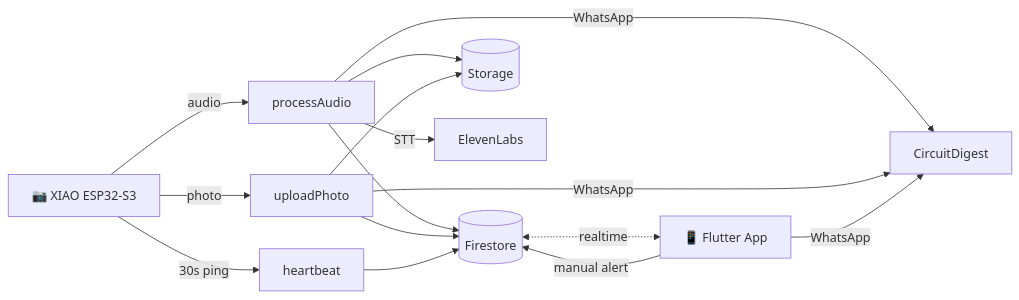
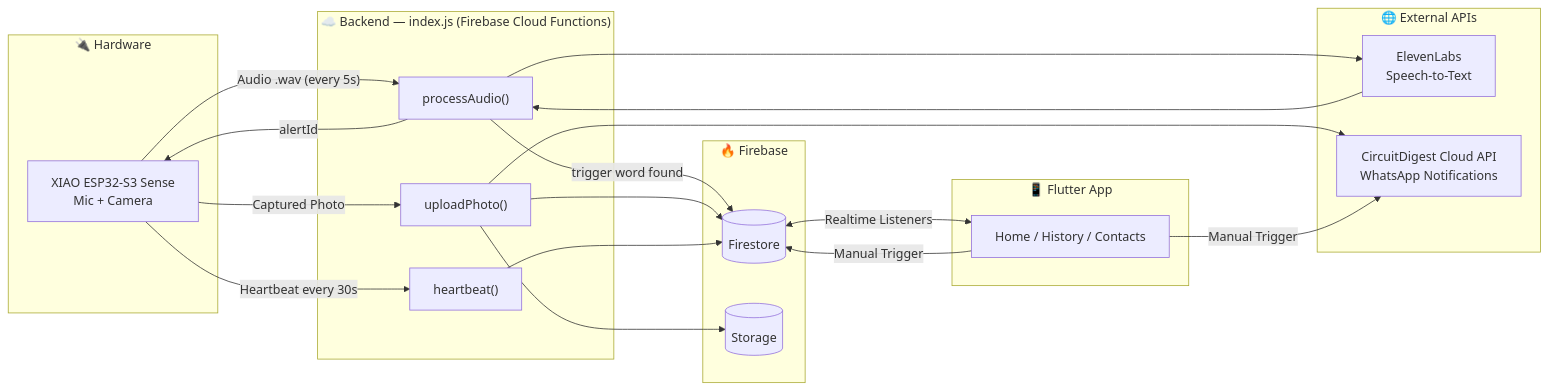
Before and after one commit to SubashreeT24/SheAlert: the first of 2 diagrams in README.md, drawn with Mermaid. The commit also changed other lines of this file, not shown here.

First line of the commit message:
Refine README for automatic mode and alert flow

````diff
--- a/README.md
+++ b/README.md
@@ -65,24 +65,41 @@
 ```mermaid
-%%{init: {"flowchart": {"nodeSpacing": 35, "rankSpacing": 50, "htmlLabels": true}}}%%
 graph LR
-    ESP["📷 XIAO ESP32-S3"]
-    PA["processAudio"]
-    UP["uploadPhoto"]
-    HB["heartbeat"]
-    FS[("Firestore")]
-    ST[("Storage")]
-    EL["ElevenLabs"]
-    CD["CircuitDigest"]
-    FL["📱 Flutter App"]
+    subgraph Hardware["🔌 Hardware"]
+        ESP["XIAO ESP32-S3 Sense<br/>Mic + Camera"]
+    end
 
-    ESP -->|audio| PA
-    ESP -->|photo| UP
-    ESP -->|30s ping| HB
-    PA -->|STT| EL
-    PA & UP -->|WhatsApp| CD
-    PA & UP & HB --> FS
-    PA & UP --> ST
-    FL -->|manual alert| FS
-    FL -->|WhatsApp| CD
-    FS <-.->|realtime| FL
+    subgraph Backend["☁️ Backend — index.js (Firebase Cloud Functions)"]
+        PA["processAudio()"]
+        UP["uploadPhoto()"]
+        HB["heartbeat()"]
+    end
+
+    subgraph FB["🔥 Firebase"]
+        FS[("Firestore")]
+        ST[("Storage")]
+    end
+
+    subgraph External["🌐 External APIs"]
+        EL["ElevenLabs<br/>Speech-to-Text"]
+        CD["CircuitDigest Cloud API<br/>WhatsApp Notifications"]
+    end
+
+    subgraph Mobile["📱 Flutter App"]
+        FL["Home / History / Contacts"]
+    end
+
+    ESP -->|"Audio .wav (every 5s)"| PA
+    PA --> EL
+    EL --> PA
+    PA -->|"trigger word found"| FS
+    PA -->|"alertId"| ESP
+    ESP -->|"Captured Photo"| UP
+    UP --> ST
+    UP --> FS
+    UP --> CD
+    ESP -->|"Heartbeat every 30s"| HB
+    HB --> FS
+    FL -->|"Manual Trigger"| FS
+    FL -->|"Manual Trigger"| CD
+    FS <-->|"Realtime Listeners"| FL
 ```
````
